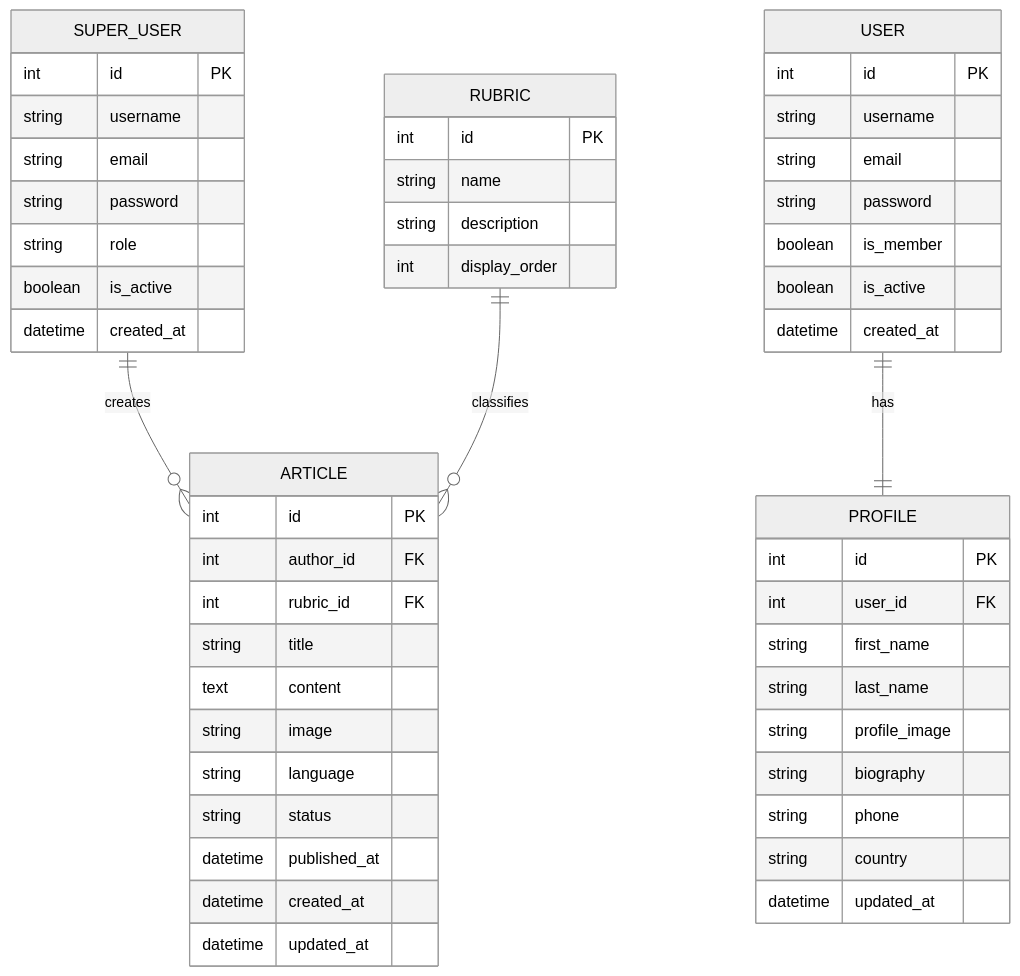
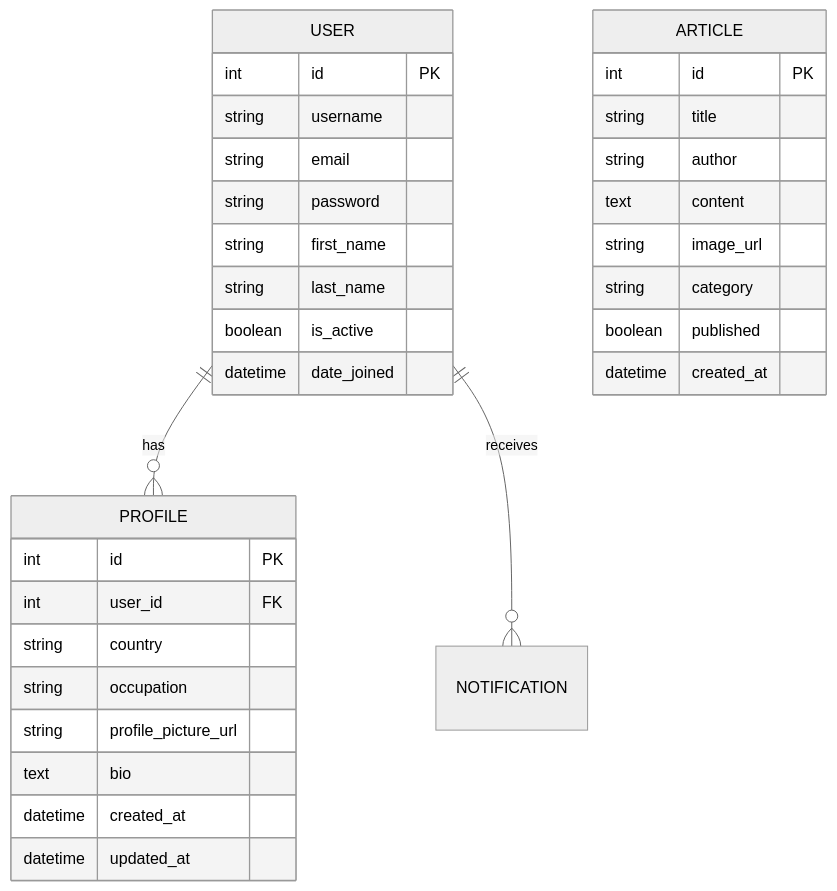
The second of 4 diagrams in lioness_project/README.md (Gigi-Corlay/portfolioLionessMagazine), drawn with Mermaid (neutral theme) before and after one commit. The commit also changed other lines of this file, not shown here.

Commit message:
Revise README with database updates and new diagrams
Updated database design by modifying user and profile attributes, added sequence diagram for article retrieval, and refined project overview.

````diff
--- a/lioness_project/README.md
+++ b/lioness_project/README.md
@@ -80,60 +80,38 @@
 ```mermaid
 erDiagram
-
-    SUPER_USER {
-        int id PK
-        string username
-        string email
-        string password
-        string role
-        boolean is_active
-        datetime created_at
-    }
-
+    USER ||--o{ PROFILE : has
+    USER ||--o{ NOTIFICATION : receives
+    
     USER {
         int id PK
         string username
         string email
         string password
-        boolean is_member
+        string first_name
+        string last_name
         boolean is_active
-        datetime created_at
+        datetime date_joined
     }
 
     PROFILE {
         int id PK
         int user_id FK
-        string first_name
-        string last_name
-        string profile_image
-        string biography
-        string phone
         string country
+        string occupation
+        string profile_picture_url
+        text bio
+        datetime created_at
         datetime updated_at
-    }
-
-    RUBRIC {
-        int id PK
-        string name
-        string description
-        int display_order
     }
 
     ARTICLE {
         int id PK
-        int author_id FK
-        int rubric_id FK
         string title
+        string author
         text content
-        string image
-        string language
-        string status
-        datetime published_at
+        string image_url
+        string category
+        boolean published
         datetime created_at
-        datetime updated_at
     }
-
-    USER ||--|| PROFILE : has
-    SUPER_USER ||--o{ ARTICLE : creates
-    RUBRIC ||--o{ ARTICLE : classifies
 ```
````
